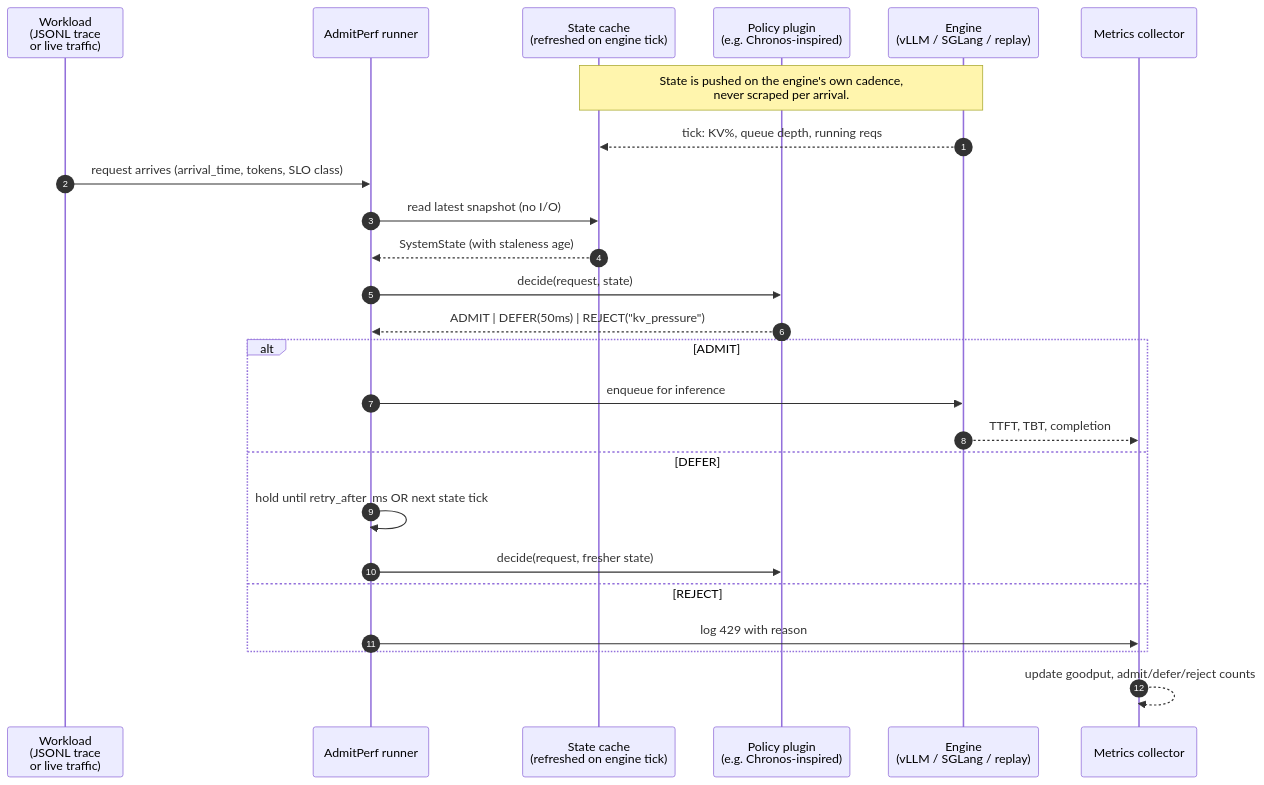
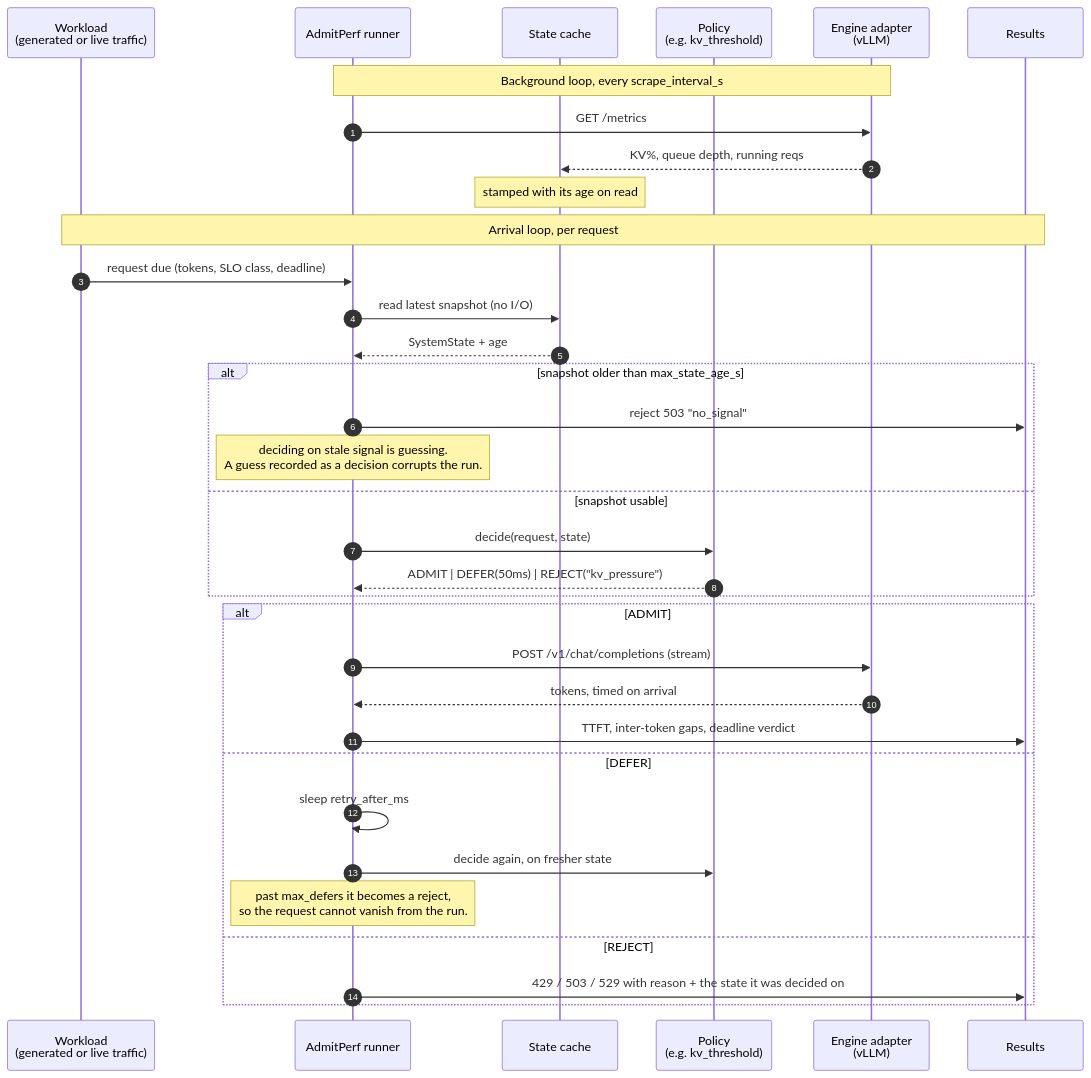
The diagram in docs/architecture/04-dynamic.mmd (harshuljain13/AdmitPerf), drawn with Mermaid before and after one commit. The commit also changed 20 other files, not shown here.

```diff
--- a/docs/architecture/04-dynamic.mmd
+++ b/docs/architecture/04-dynamic.mmd
@@ -1,31 +1,41 @@
-%% C4 Dynamic Diagram - per-request path through the Core container.
-%% Same sequence for benchmark replay and runtime middleware.
+%% C4 Dynamic Diagram — the two loops.
+%% A background task scrapes the engine; the arrival loop decides per request.
+%% They are separate so the decision path never blocks on HTTP.
 sequenceDiagram
   autonumber
-  participant W as Workload<br/>(JSONL trace<br/>or live traffic)
+  participant W as Workload<br/>(generated or live traffic)
   participant R as AdmitPerf runner
-  participant S as State cache<br/>(refreshed on engine tick)
-  participant P as Policy plugin<br/>(e.g. Chronos-inspired)
-  participant E as Engine<br/>(vLLM / SGLang / replay)
-  participant M as Metrics collector
+  participant S as State cache
+  participant P as Policy<br/>(e.g. kv_threshold)
+  participant E as Engine adapter<br/>(vLLM)
+  participant M as Results
 
-  Note over S,E: State is pushed on the engine's own cadence,<br/>never scraped per arrival.
-  E-->>S: tick: KV%, queue depth, running reqs
+  Note over R,E: Background loop, every scrape_interval_s
+  R->>E: GET /metrics
+  E-->>S: KV%, queue depth, running reqs
+  Note over S: stamped with its age on read
 
-  W->>R: request arrives (arrival_time, tokens, SLO class)
+  Note over W,M: Arrival loop, per request
+  W->>R: request due (tokens, SLO class, deadline)
   R->>S: read latest snapshot (no I/O)
-  S-->>R: SystemState (with staleness age)
-  R->>P: decide(request, state)
-  P-->>R: ADMIT | DEFER(50ms) | REJECT("kv_pressure")
+  S-->>R: SystemState + age
+
+  alt snapshot older than max_state_age_s
+    R->>M: reject 503 "no_signal"
+    Note over R: deciding on stale signal is guessing.<br/>A guess recorded as a decision corrupts the run.
+  else snapshot usable
+    R->>P: decide(request, state)
+    P-->>R: ADMIT | DEFER(50ms) | REJECT("kv_pressure")
+  end
 
   alt ADMIT
-    R->>E: enqueue for inference
-    E-->>M: TTFT, TBT, completion
+    R->>E: POST /v1/chat/completions (stream)
+    E-->>R: tokens, timed on arrival
+    R->>M: TTFT, inter-token gaps, deadline verdict
   else DEFER
-    R->>R: hold until retry_after_ms OR next state tick
-    R->>P: decide(request, fresher state)
+    R->>R: sleep retry_after_ms
+    R->>P: decide again, on fresher state
+    Note over R: past max_defers it becomes a reject,<br/>so the request cannot vanish from the run.
   else REJECT
-    R->>M: log 429 with reason
+    R->>M: 429 / 503 / 529 with reason + the state it was decided on
   end
-
-  M-->>M: update goodput, admit/defer/reject counts
```
